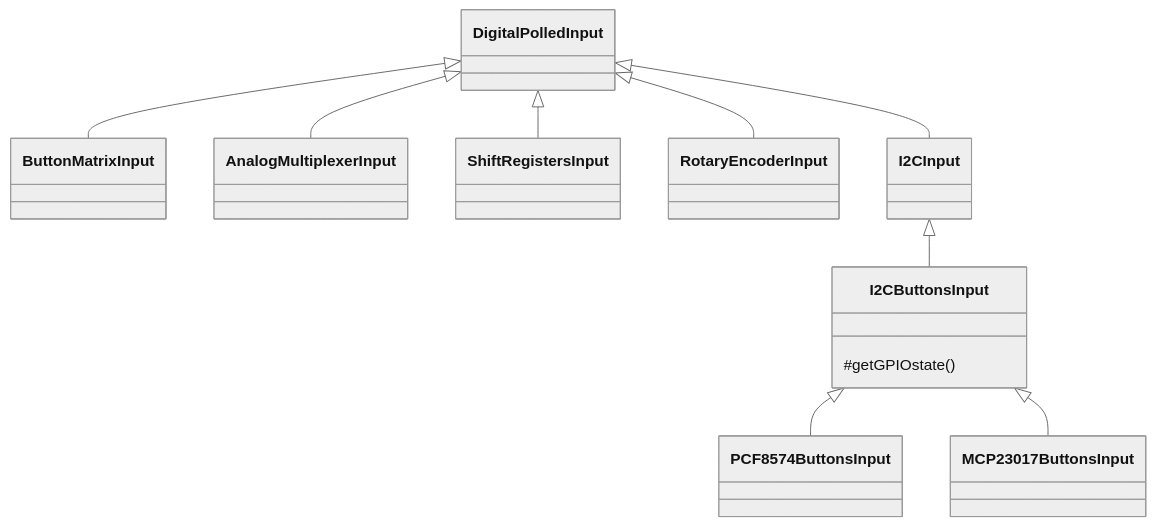
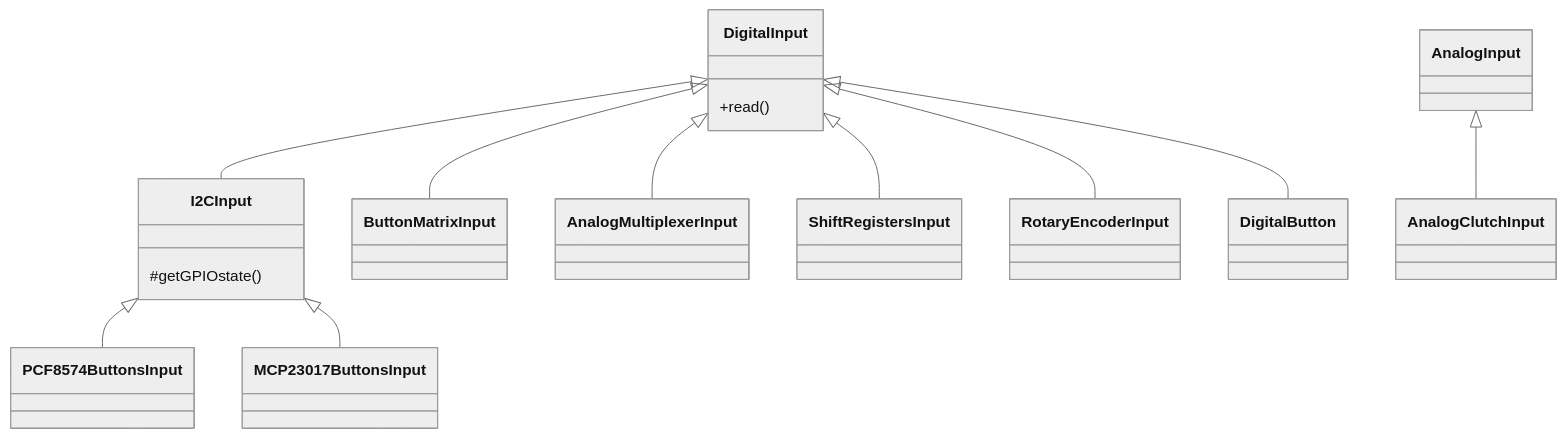
Before and after one commit to afpineda/OpenSourceSimWheelESP32: the second of 9 diagrams in doc/firmware/FirmwareArchitecture_en.md, drawn with Mermaid (neutral theme). The commit also changed other lines of this file and 375 other files, not shown here.

````diff
--- a/doc/firmware/FirmwareArchitecture_en.md
+++ b/doc/firmware/FirmwareArchitecture_en.md
@@ -122,14 +209,18 @@
 ```mermaid
 classDiagram
-    class I2CButtonsInput{
+    class I2CInput{
       #getGPIOstate()
     }
-    DigitalPolledInput <|-- ButtonMatrixInput
-    DigitalPolledInput <|-- AnalogMultiplexerInput
-    DigitalPolledInput <|-- ShiftRegistersInput
-    DigitalPolledInput <|-- RotaryEncoderInput
-    DigitalPolledInput <|-- I2CInput
-    I2CInput <|-- I2CButtonsInput
-    I2CButtonsInput <|-- PCF8574ButtonsInput
-    I2CButtonsInput <|-- MCP23017ButtonsInput
+    class DigitalInput{
+      +read()
+    }
+    DigitalInput <|-- ButtonMatrixInput
+    DigitalInput <|-- AnalogMultiplexerInput
+    DigitalInput <|-- ShiftRegistersInput
+    DigitalInput <|-- RotaryEncoderInput
+    DigitalInput <|-- DigitalButton
+    DigitalInput <|-- I2CInput
+    I2CInput     <|-- PCF8574ButtonsInput
+    I2CInput     <|-- MCP23017ButtonsInput
+    AnalogInput  <|-- AnalogClutchInput
 ```
````
